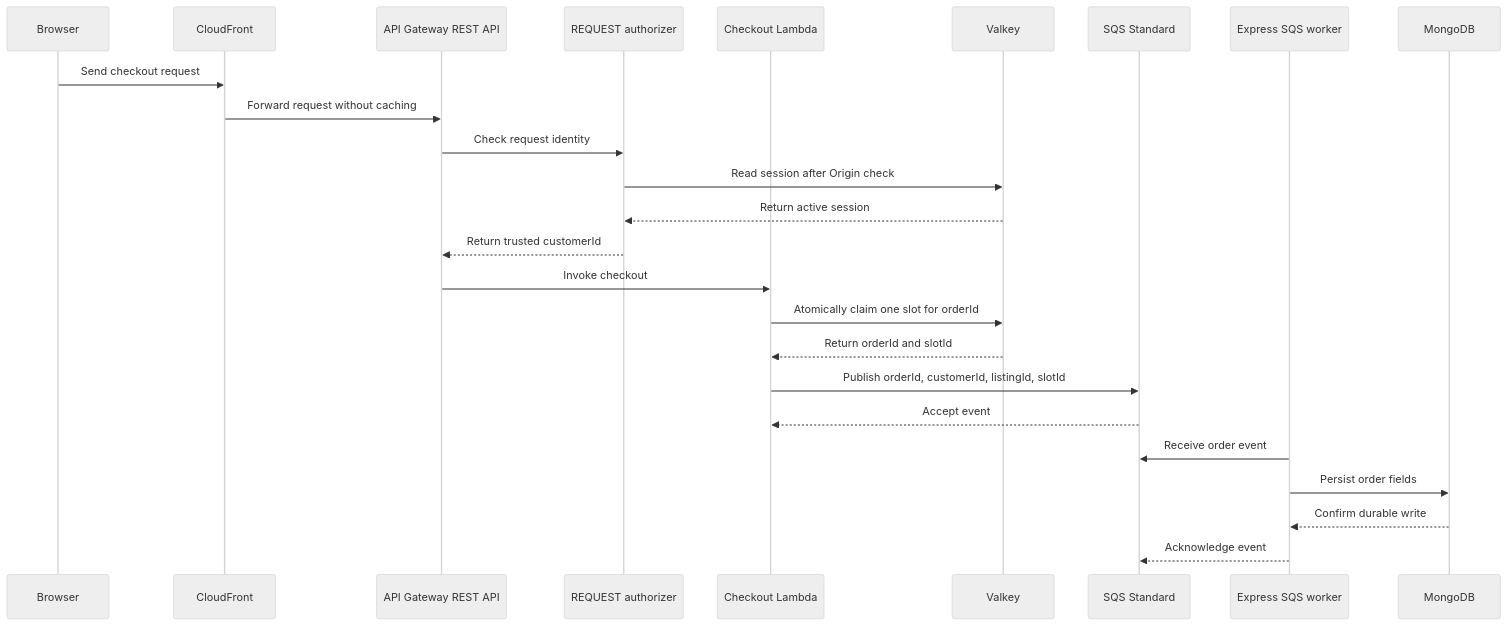
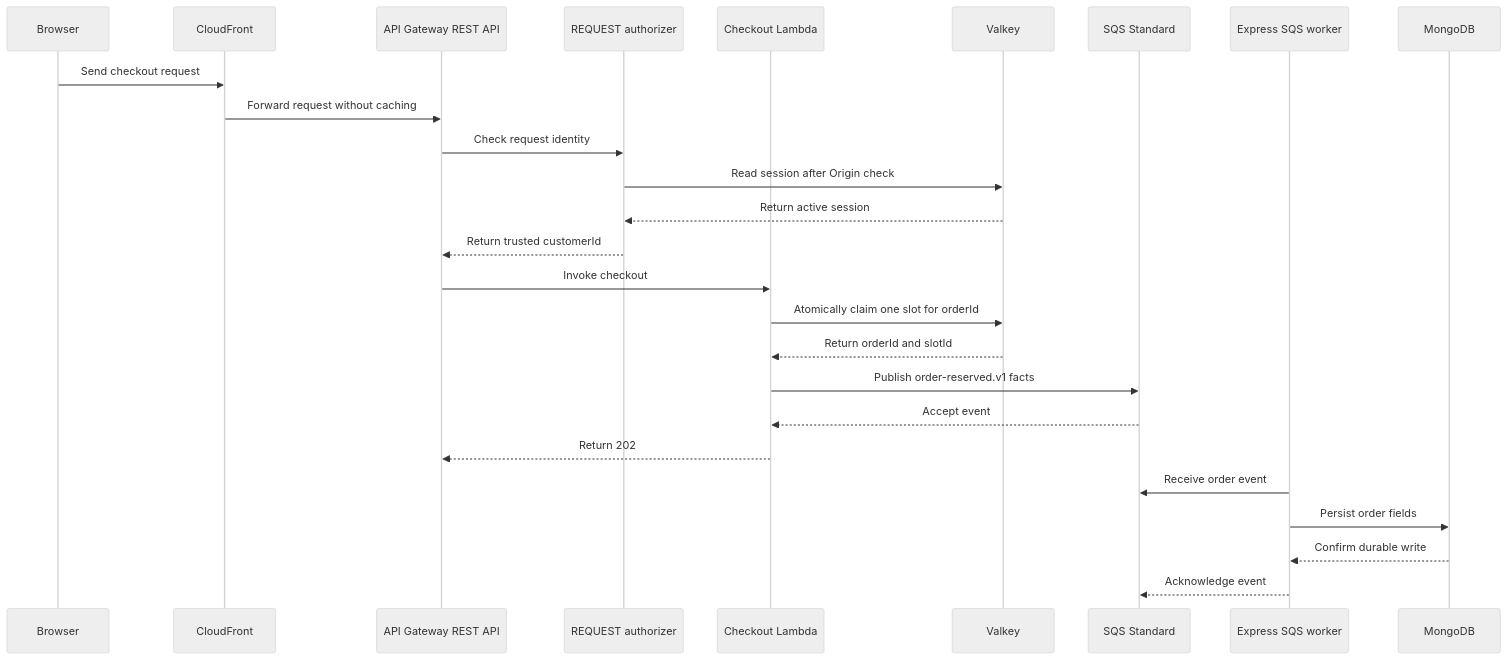
The diagram in docs/system-design.md (rantingmong/bookipi-test), drawn with Mermaid (neutral theme) before and after one commit. The commit also changed other lines of this file and 41 other files, not shown here.

````diff
--- a/docs/system-design.md
+++ b/docs/system-design.md
@@ -9,27 +9,28 @@
 ```mermaid
 sequenceDiagram
     participant B as Browser
     participant F as CloudFront
     participant A as API Gateway REST API
     participant H as REQUEST authorizer
     participant L as Checkout Lambda
     participant V as Valkey
     participant Q as SQS Standard
     participant W as Express SQS worker
     participant M as MongoDB
     B->>F: Send checkout request
     F->>A: Forward request without caching
     A->>H: Check request identity
     H->>V: Read session after Origin check
     V-->>H: Return active session
     H-->>A: Return trusted customerId
     A->>L: Invoke checkout
     L->>V: Atomically claim one slot for orderId
     V-->>L: Return orderId and slotId
-    L->>Q: Publish orderId, customerId, listingId, slotId
+    L->>Q: Publish order-reserved.v1 facts
     Q-->>L: Accept event
+    L-->>A: Return 202
     W->>Q: Receive order event
     W->>M: Persist order fields
     M-->>W: Confirm durable write
     W-->>Q: Acknowledge event
 ```
````
